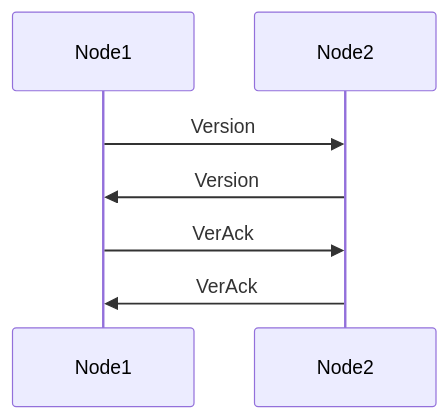
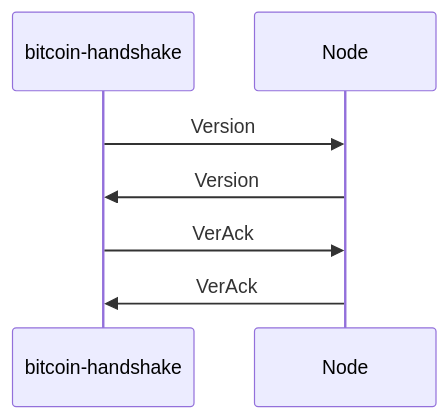
The diagram in README.md (spitfire05/bitcoin-handshake), drawn with Mermaid before and after one commit.

````diff
--- a/README.md
+++ b/README.md
@@ -39,7 +39,7 @@
 ```mermaid
 sequenceDiagram
-    Node1->>Node2: Version
-    Node2->>Node1: Version
-    Node1->>Node2: VerAck
-    Node2->>Node1: VerAck
+    bitcoin-handshake->>Node: Version
+    Node->>bitcoin-handshake: Version
+    bitcoin-handshake->>Node: VerAck
+    Node->>bitcoin-handshake: VerAck
 ```
````
